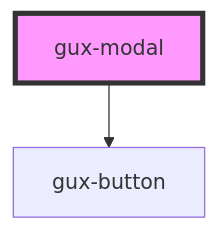
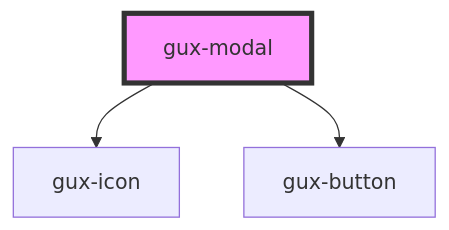
Before and after one commit to MyPureCloud/genesys-spark: the diagram in src/components/gux-modal/readme.md, drawn with Mermaid. The commit also changed other lines of this file and 79 other files, not shown here.

````diff
--- a/src/components/gux-modal/readme.md
+++ b/src/components/gux-modal/readme.md
@@ -30,5 +31,6 @@
 ```mermaid
 graph TD;
+  gux-modal --> gux-icon
   gux-modal --> gux-button
   style gux-modal fill:#f9f,stroke:#333,stroke-width:4px
 ```
````
